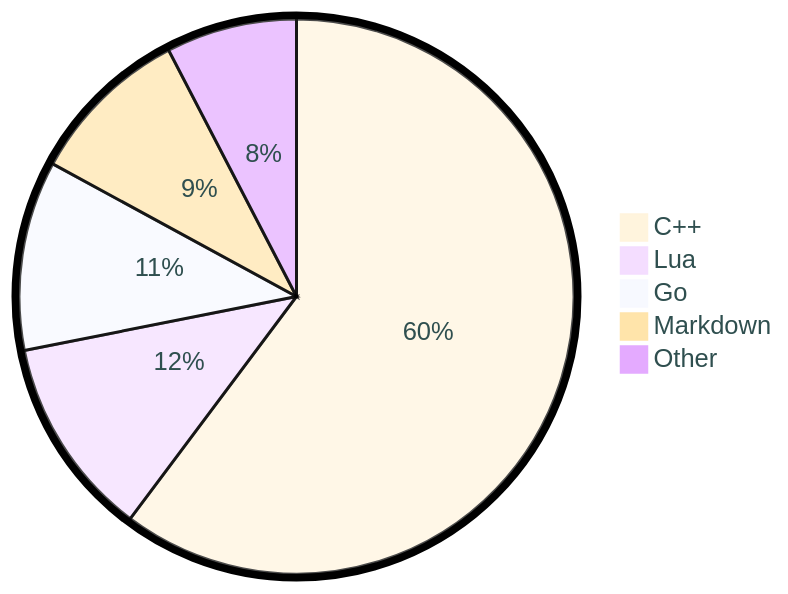
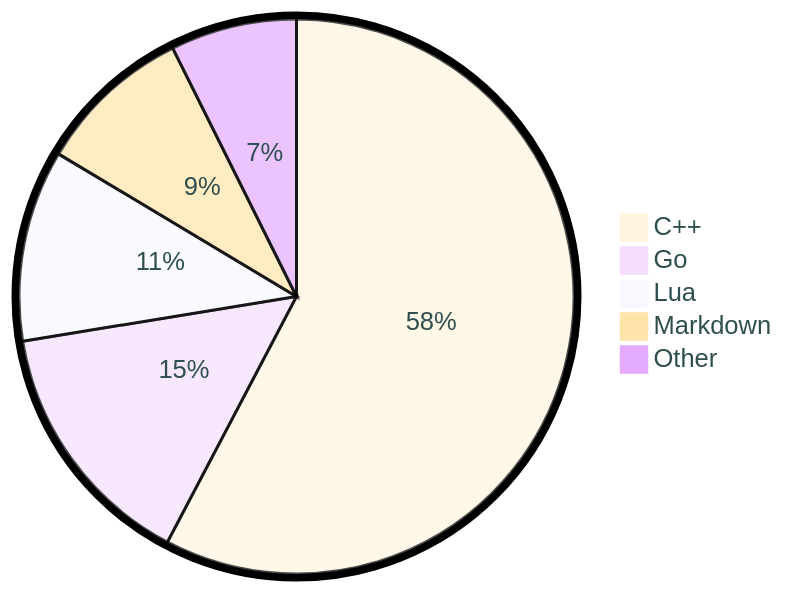
Before and after one commit to tot0p/tot0p: the diagram in README.md, drawn with Mermaid. The commit also changed other lines of this file, not shown here.

````diff
--- a/README.md
+++ b/README.md
@@ -77,9 +79,9 @@
 ```mermaid
 %%{init: {"pie": {"textPosition": 0.5}, "themeVariables": {"pieOuterStrokeWidth": "5px","primaryTextColor" : "#2F4F4F"},"theme":"base"} }%%
 pie
-	"C++": 60.23
-	"Lua": 11.66
-	"Go": 11.05
-	"Markdown": 9.45
-	"Other": 7.619999999999999
+	"C++": 57.71
+	"Go": 14.72
+	"Lua": 11.17
+	"Markdown": 9.05
+	"Other": 7.359999999999999
 ```
````
